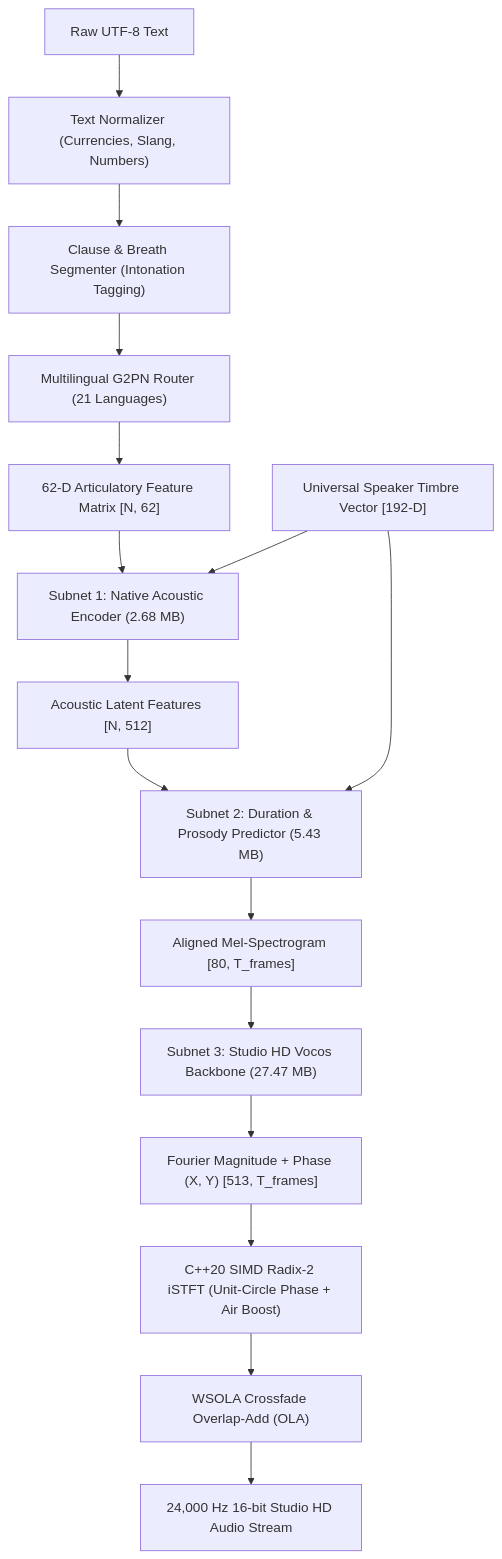
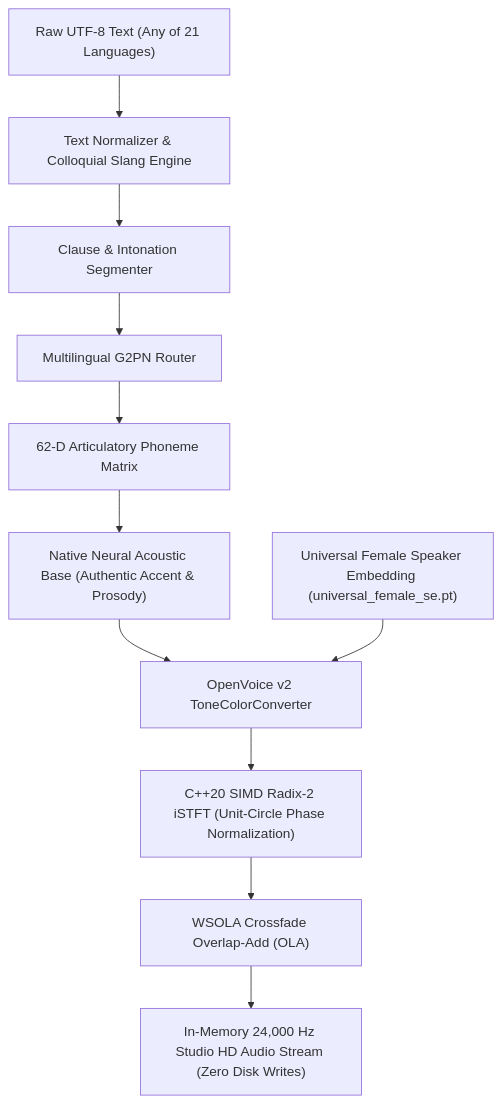
One commit to narwalindustries/TTS changed the diagram in README.md. Above: the diagram before and after it, drawn with Mermaid. The commit also changed other lines of this file and 107 other files, not shown here.

First line of the commit message:
feat: Clean 21-language single-voice headless TTS engine (OpenVoice v2 + C++20 NCNN)

````diff
--- a/README.md
+++ b/README.md
@@ -35,22 +98,15 @@
 ```mermaid
 flowchart TD
-    T1["Raw UTF-8 Text"] --> T2["Text Normalizer (Currencies, Slang, Numbers)"]
-    T2 --> T3["Clause & Breath Segmenter (Intonation Tagging)"]
-    T3 --> T4["Multilingual G2PN Router (21 Languages)"]
-    T4 --> T5["62-D Articulatory Feature Matrix [N, 62]"]
+    T1["Raw UTF-8 Text (Any of 21 Languages)"] --> T2["Text Normalizer & Colloquial Slang Engine"]
+    T2 --> T3["Clause & Intonation Segmenter"]
+    T3 --> T4["Multilingual G2PN Router"]
+    T4 --> T5["62-D Articulatory Phoneme Matrix"]
     
-    T5 --> N1["Subnet 1: Native Acoustic Encoder (2.68 MB)"]
-    ST["Universal Speaker Timbre Vector [192-D]"] --> N1
-    N1 --> F1["Acoustic Latent Features [N, 512]"]
+    T5 --> N1["Native Neural Acoustic Base (Authentic Accent & Prosody)"]
+    N1 --> N2["OpenVoice v2 ToneColorConverter"]
+    SE["Universal Female Speaker Embedding (universal_female_se.pt)"] --> N2
     
-    F1 --> N2["Subnet 2: Duration & Prosody Predictor (5.43 MB)"]
-    ST --> N2
-    N2 --> F2["Aligned Mel-Spectrogram [80, T_frames]"]
-    
-    F2 --> N3["Subnet 3: Studio HD Vocos Backbone (27.47 MB)"]
-    N3 --> F3["Fourier Magnitude + Phase (X, Y) [513, T_frames]"]
-    
-    F3 --> S1["C++20 SIMD Radix-2 iSTFT (Unit-Circle Phase + Air Boost)"]
+    N2 --> S1["C++20 SIMD Radix-2 iSTFT (Unit-Circle Phase Normalization)"]
     S1 --> S2["WSOLA Crossfade Overlap-Add (OLA)"]
-    S2 --> S3["24,000 Hz 16-bit Studio HD Audio Stream"]
+    S2 --> S3["In-Memory 24,000 Hz Studio HD Audio Stream (Zero Disk Writes)"]
 ```
````
